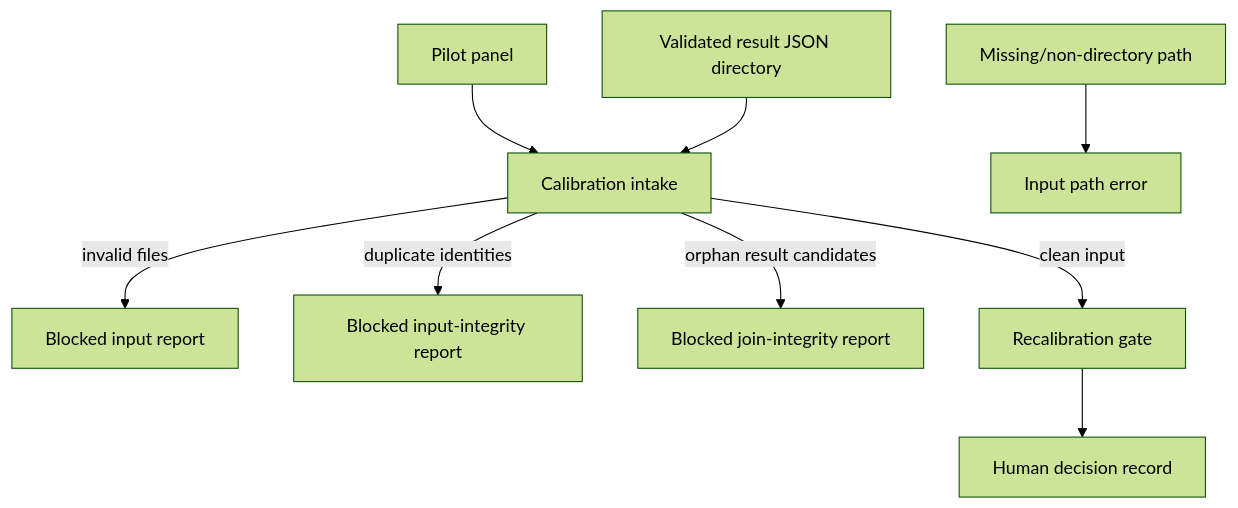
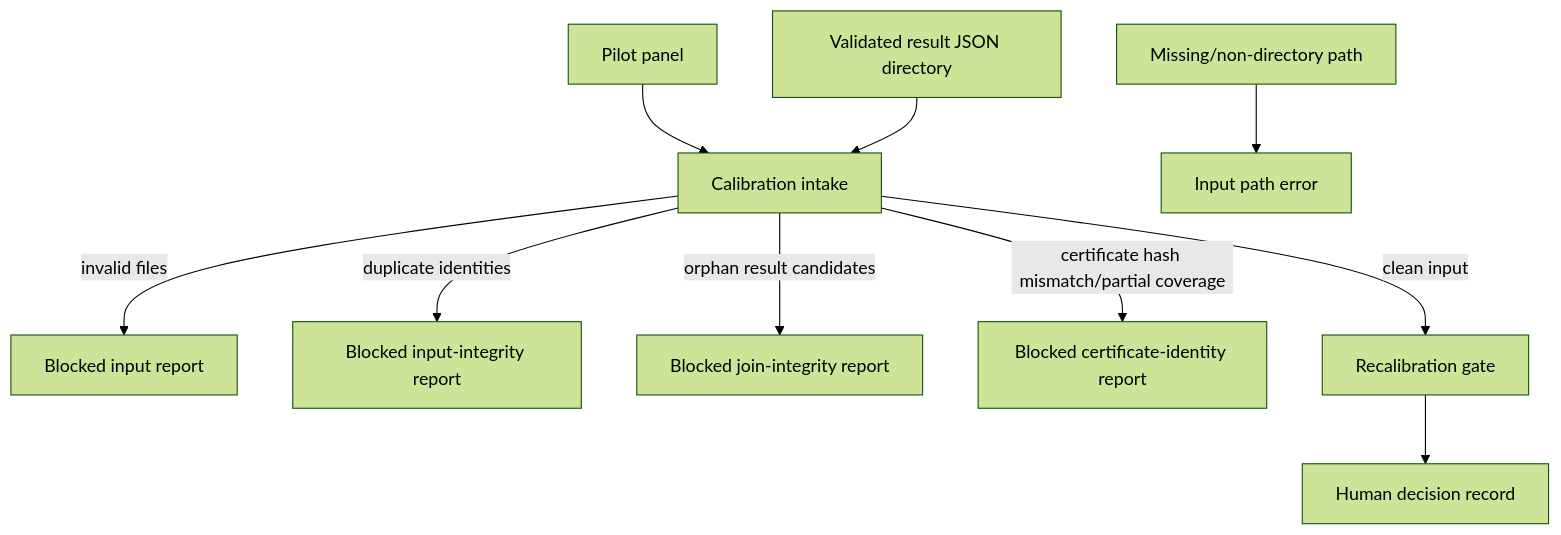
Before and after one commit to streamentry/OpenAMP-Foundry: the first of 2 diagrams in src/openamp_foundry/calibration/AGENTS.md, drawn with Mermaid (forest theme). The commit also changed other lines of this file and 10 other files, not shown here.

````diff
--- a/src/openamp_foundry/calibration/AGENTS.md
+++ b/src/openamp_foundry/calibration/AGENTS.md
@@ -16,11 +20,12 @@
 ```mermaid
 flowchart TD
   Panel["Pilot panel"] --> Intake["Calibration intake"]
   Results["Validated result JSON directory"] --> Intake
   Missing["Missing/non-directory path"] --> PathBlock["Input path error"]
   Intake -->|invalid files| Block["Blocked input report"]
   Intake -->|duplicate identities| IdentityBlock["Blocked input-integrity report"]
   Intake -->|orphan result candidates| OrphanBlock["Blocked join-integrity report"]
+  Intake -->|certificate hash mismatch/partial coverage| CertBlock["Blocked certificate-identity report"]
   Intake -->|clean input| Gate["Recalibration gate"]
   Gate --> Human["Human decision record"]
 ```
````
